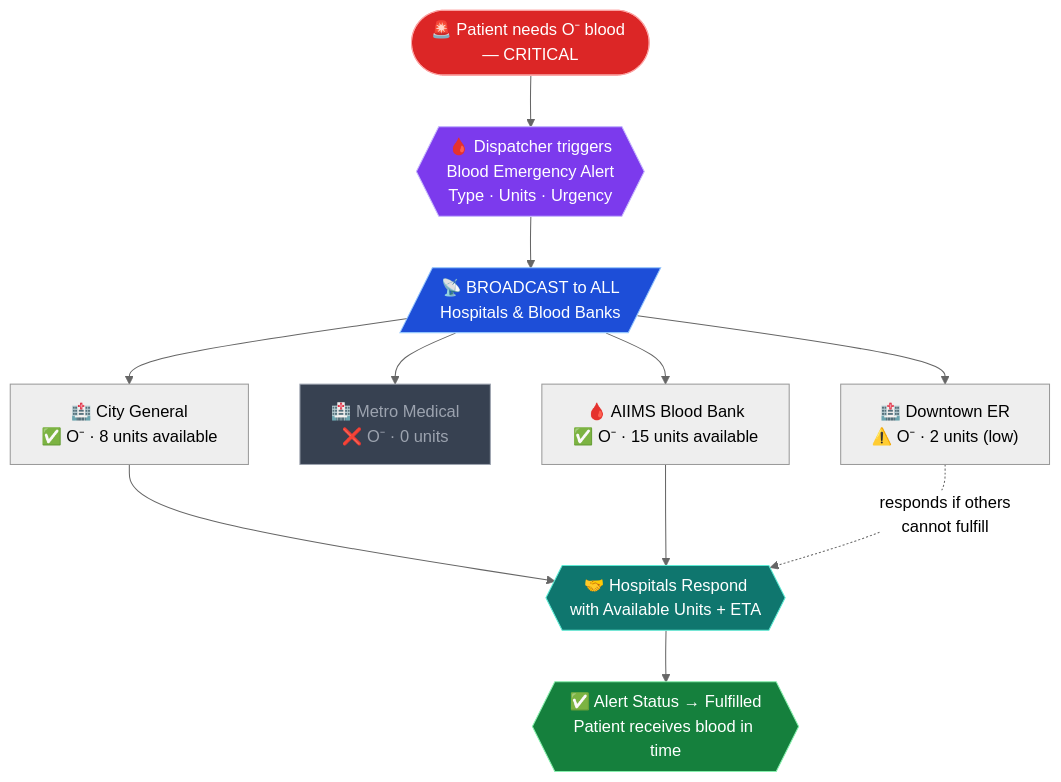
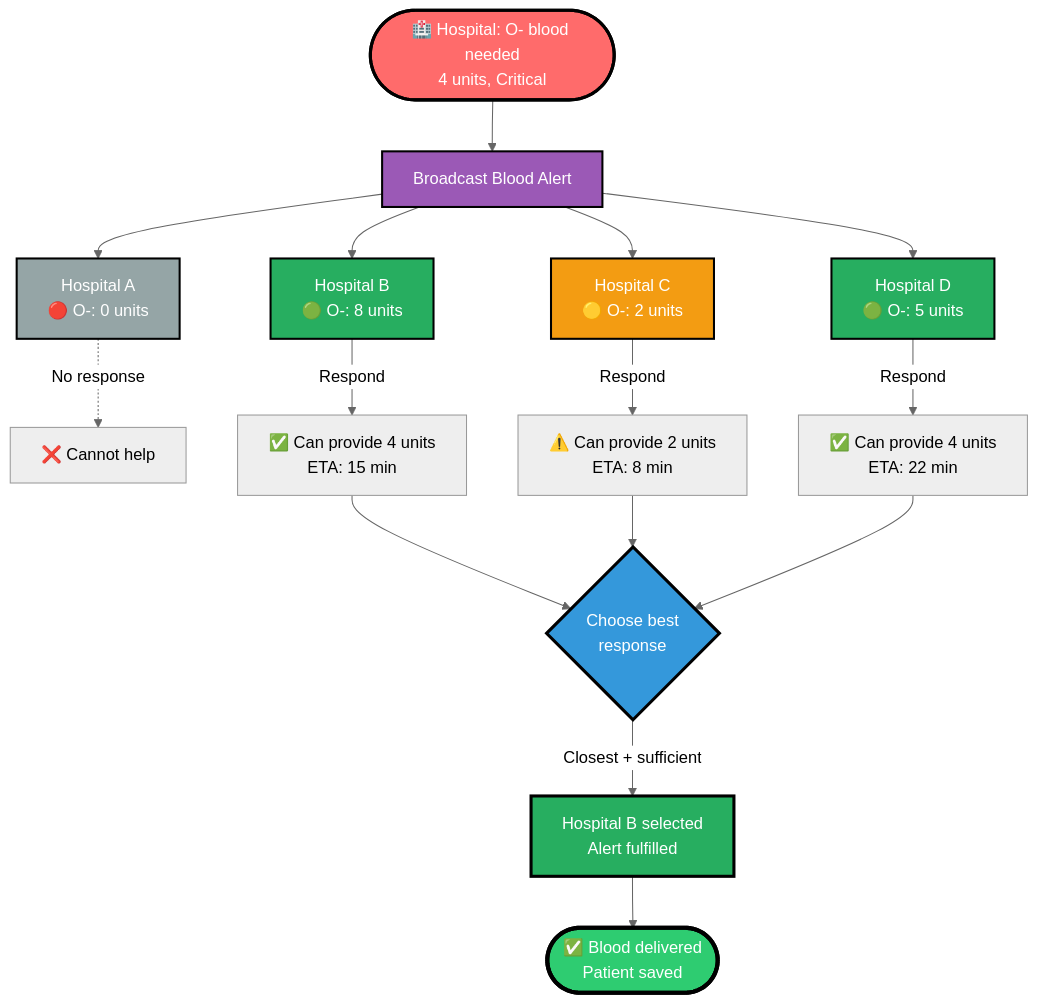
Before and after one commit to Aayush9808/MediRouteX: the third of 5 diagrams in README.md, drawn with Mermaid (neutral theme). The commit also changed other lines of this file, not shown here.

Commit message:
🎨 Enhanced both READMEs - fixed image rendering, added 25+ Mermaid diagrams, animations, visual improvements

````diff
--- a/README.md
+++ b/README.md
@@ -173,28 +168,33 @@
 ```mermaid
 flowchart TD
-    A(["🚨 Patient needs O⁻ blood — CRITICAL"])
-    B{{"🩸 Dispatcher triggers\nBlood Emergency Alert\nType · Units · Urgency"}}
-    C[/"📡 BROADCAST to ALL\nHospitals & Blood Banks"/]
-
-    D["🏥 City General\n✅  O⁻ · 8 units available"]
-    E["🏥 Metro Medical\n❌  O⁻ · 0 units"]
-    F["🩸 AIIMS Blood Bank\n✅  O⁻ · 15 units available"]
-    G["🏥 Downtown ER\n⚠️  O⁻ · 2 units (low)"]
-
-    H{{"🤝 Hospitals Respond\nwith Available Units + ETA"}}
-    I{{"✅ Alert Status → Fulfilled\nPatient receives blood in time"}}
-
-    A --> B --> C
-    C --> D & E & F & G
-    D --> H
-    F --> H
-    G -.->|"responds if others\ncannot fulfill"| H
-    H --> I
-
-    style A fill:#dc2626,stroke:#fca5a5,color:#fff
-    style B fill:#7c3aed,stroke:#c4b5fd,color:#fff
-    style C fill:#1d4ed8,stroke:#93c5fd,color:#fff
-    style H fill:#0f766e,stroke:#5eead4,color:#fff
-    style I fill:#15803d,stroke:#86efac,color:#fff
-    style E fill:#374151,stroke:#9ca3af,color:#9ca3af
+    Start([🏥 Hospital: O- blood needed<br/>4 units, Critical])
+    Start --> Trigger[Broadcast Blood Alert]
+    
+    Trigger --> Alert1[Hospital A<br/>🔴 O-: 0 units]
+    Trigger --> Alert2[Hospital B<br/>🟢 O-: 8 units]
+    Trigger --> Alert3[Hospital C<br/>🟡 O-: 2 units]
+    Trigger --> Alert4[Hospital D<br/>🟢 O-: 5 units]
+    
+    Alert1 -.->|No response| End1[❌ Cannot help]
+    Alert2 -->|Respond| Resp2[✅ Can provide 4 units<br/>ETA: 15 min]
+    Alert3 -->|Respond| Resp3[⚠️ Can provide 2 units<br/>ETA: 8 min]
+    Alert4 -->|Respond| Resp4[✅ Can provide 4 units<br/>ETA: 22 min]
+    
+    Resp2 --> Decision{Choose best<br/>response}
+    Resp3 --> Decision
+    Resp4 --> Decision
+    
+    Decision -->|Closest + sufficient| Fulfill[Hospital B selected<br/>Alert fulfilled]
+    
+    Fulfill --> Success([✅ Blood delivered<br/>Patient saved])
+    
+    style Start fill:#ff6b6b,stroke:#000,stroke-width:3px,color:#fff
+    style Trigger fill:#9b59b6,stroke:#000,stroke-width:2px,color:#fff
+    style Alert2 fill:#27ae60,stroke:#000,stroke-width:2px,color:#fff
+    style Alert3 fill:#f39c12,stroke:#000,stroke-width:2px,color:#fff
+    style Alert4 fill:#27ae60,stroke:#000,stroke-width:2px,color:#fff
+    style Alert1 fill:#95a5a6,stroke:#000,stroke-width:2px,color:#fff
+    style Decision fill:#3498db,stroke:#000,stroke-width:3px,color:#fff
+    style Fulfill fill:#27ae60,stroke:#000,stroke-width:3px,color:#fff
+    style Success fill:#2ecc71,stroke:#000,stroke-width:4px,color:#fff
 ```
````
